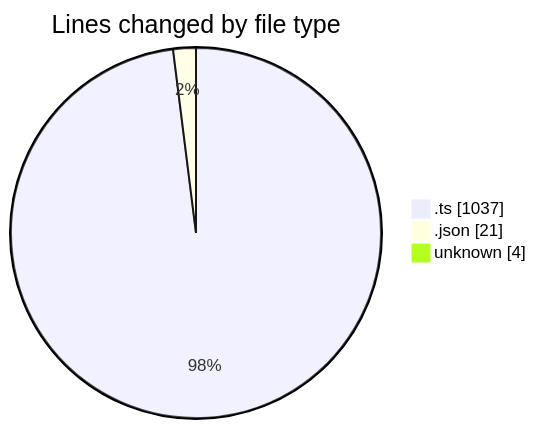
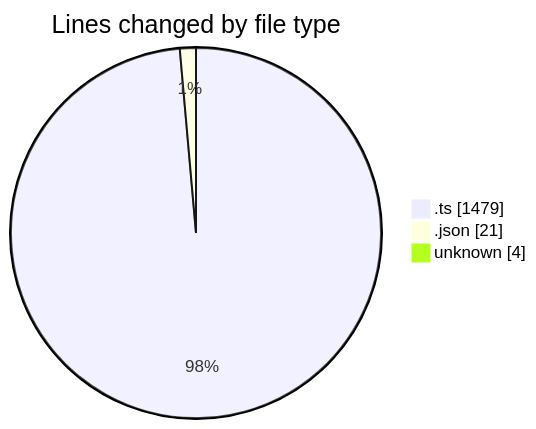
Before and after one commit to tmsrecording-cyber/code-tracking: the first of 2 diagrams in 2026-02-03/singularitybrainai/README.md, drawn with Mermaid. The commit also changed other lines of this file and 1 other file, not shown here.

````diff
--- a/2026-02-03/singularitybrainai/README.md
+++ b/2026-02-03/singularitybrainai/README.md
@@ -23,7 +23,7 @@
 ```mermaid
 pie showData
 title Lines changed by file type
-".ts" : 1037
+".ts" : 1479
 ".json" : 21
 "unknown" : 4
 ```
````
